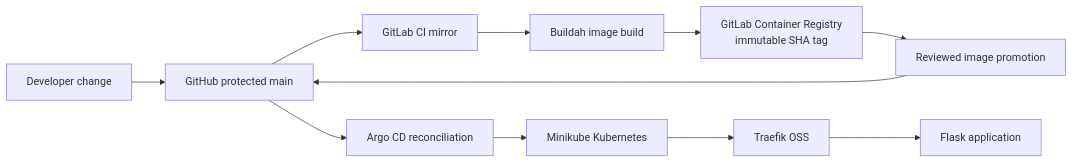
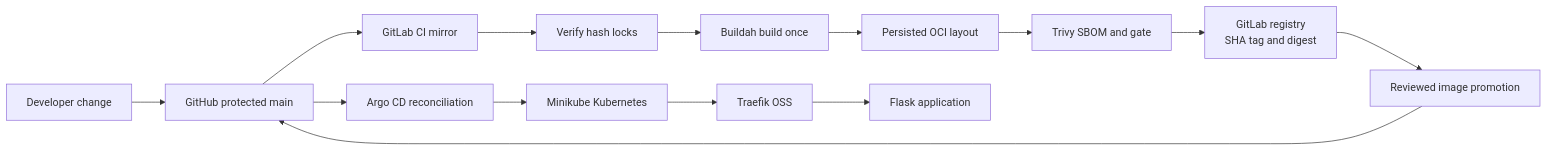
Before and after one commit to goozcena-gnl/flask-kubernetes-gitops-lab: the diagram in docs/architecture.md, drawn with Mermaid. The commit also changed other lines of this file and 18 other files, not shown here.

````diff
--- a/docs/architecture.md
+++ b/docs/architecture.md
@@ -5,13 +5,16 @@
 ```mermaid
 flowchart LR
     DEV[Developer change] --> GITHUB[GitHub protected main]
     GITHUB --> GITLAB[GitLab CI mirror]
-    GITLAB --> BUILD[Buildah image build]
-    BUILD --> REG[GitLab Container Registry\nimmutable SHA tag]
+    GITLAB --> LOCKS[Verify hash locks]
+    LOCKS --> BUILD[Buildah build once]
+    BUILD --> OCI[Persisted OCI layout]
+    OCI --> SEC[Trivy SBOM and gate]
+    SEC --> REG[GitLab registry\nSHA tag and digest]
     REG --> PROMOTE[Reviewed image promotion]
     PROMOTE --> GITHUB
     GITHUB --> ARGO[Argo CD reconciliation]
     ARGO --> MINI[Minikube Kubernetes]
     MINI --> TRAEFIK[Traefik OSS]
     TRAEFIK --> APP[Flask application]
 ```
````
